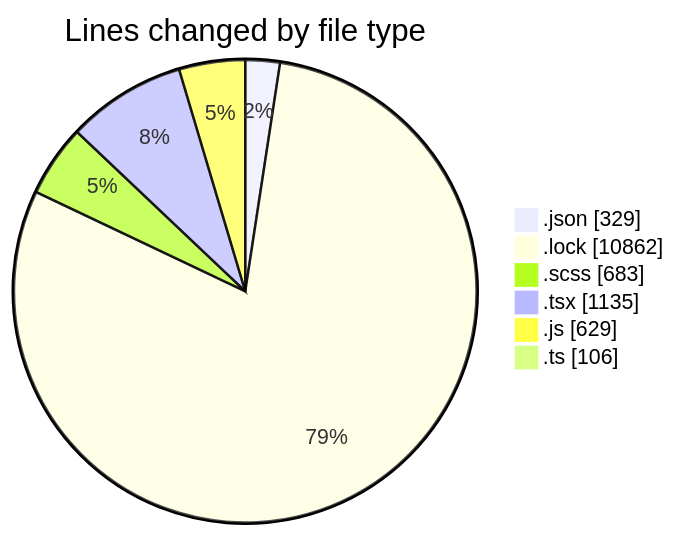
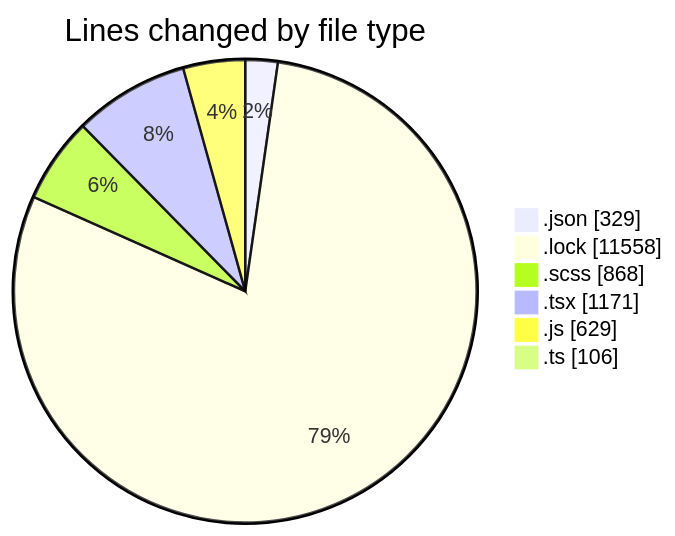
Before and after one commit to momahboobian/code-tracking: the first of 2 diagrams in 2026-05-18/cda/README.md, drawn with Mermaid. The commit also changed other lines of this file and 1 other file, not shown here.

````diff
--- a/2026-05-18/cda/README.md
+++ b/2026-05-18/cda/README.md
@@ -40,10 +40,10 @@
 ```mermaid
 pie showData
 title Lines changed by file type
 ".json" : 329
-".lock" : 10862
-".scss" : 683
-".tsx" : 1135
+".lock" : 11558
+".scss" : 868
+".tsx" : 1171
 ".js" : 629
 ".ts" : 106
 ```
````
